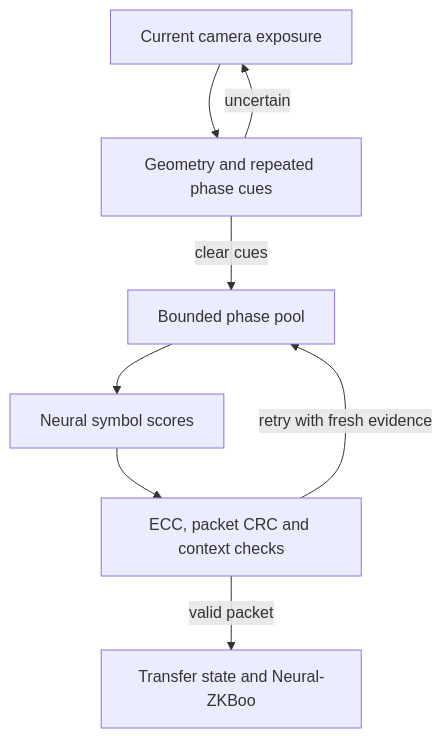
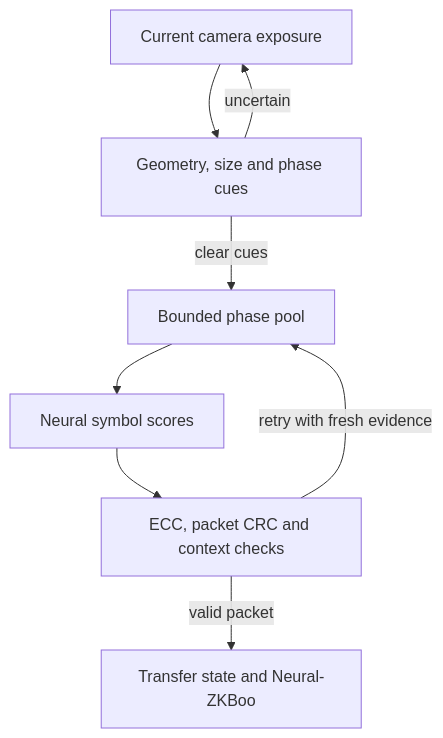
The diagram in docs/NEURAL_QR.md (magnux/neural_cryptography), drawn with Mermaid before and after one commit. The commit also changed other lines of this file and 37 other files, not shown here.

First line of the commit message:
Add optical size cues and four-pixel Neural-QR collection

````diff
--- a/docs/NEURAL_QR.md
+++ b/docs/NEURAL_QR.md
@@ -192,10 +223,10 @@
 ```mermaid
 flowchart TD
-  A["Current camera exposure"] --> B["Geometry and repeated phase cues"]
+  A["Current camera exposure"] --> B["Geometry, size and phase cues"]
   B -->|"clear cues"| C["Bounded phase pool"]
   B -->|"uncertain"| A
   C --> D["Neural symbol scores"]
   D --> E["ECC, packet CRC and context checks"]
   E -->|"retry with fresh evidence"| C
   E -->|"valid packet"| F["Transfer state and Neural-ZKBoo"]
 ```
````
